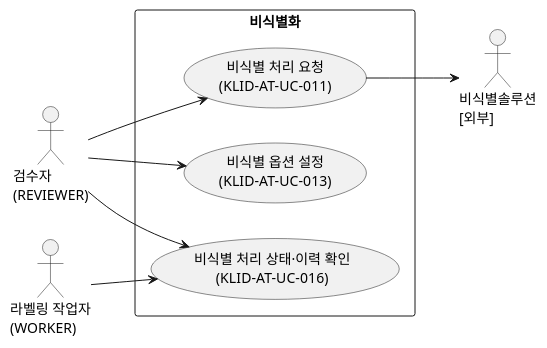
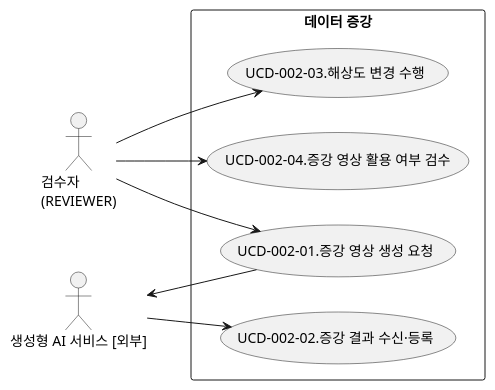
The second of 2 diagrams in docs/design/R2-유스케이스명세서.md (New-stella/klid-label), drawn with PlantUML before and after one commit. The commit also changed other lines of this file and 10 other files, not shown here.

````diff
--- a/docs/design/R2-유스케이스명세서.md
+++ b/docs/design/R2-유스케이스명세서.md
@@ -103,19 +104,20 @@
 ```plantuml
 @startuml
 left to right direction
-skinparam packageStyle rectangle
 actor "검수자\n(REVIEWER)" as REVIEWER
-actor "라벨링 작업자\n(WORKER)" as WORKER
-actor "비식별솔루션\n[외부]" as DEID
-rectangle "비식별화" {
-  usecase "비식별 처리 요청\n(KLID-AT-UC-011)" as UC11
-  usecase "비식별 옵션 설정\n(KLID-AT-UC-013)" as UC13
-  usecase "비식별 처리 상태·이력 확인\n(KLID-AT-UC-016)" as UC16
+actor "생성형 AI 서비스 [외부]" as GENAI
+
+rectangle "데이터 증강" {
+  usecase "UCD-002-01.증강 영상 생성 요청" as U1
+  usecase "UCD-002-02.증강 결과 수신·등록" as U2
+  usecase "UCD-002-03.해상도 변경 수행" as U3
+  usecase "UCD-002-04.증강 영상 활용 여부 검수" as U10
 }
-REVIEWER --> UC11
-REVIEWER --> UC13
-REVIEWER --> UC16
-WORKER --> UC16
-UC11 --> DEID
+
+REVIEWER --> U1
+U1 --> GENAI
+GENAI --> U2
+REVIEWER --> U3
+REVIEWER --> U10
 @enduml
 ```
````
